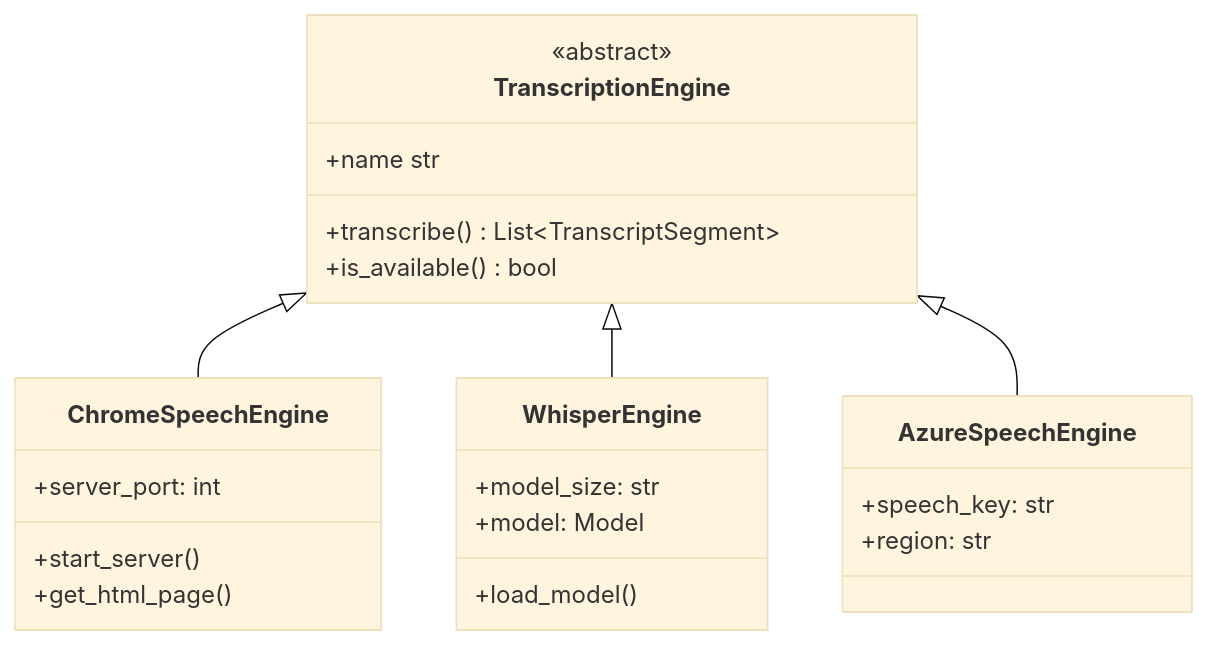
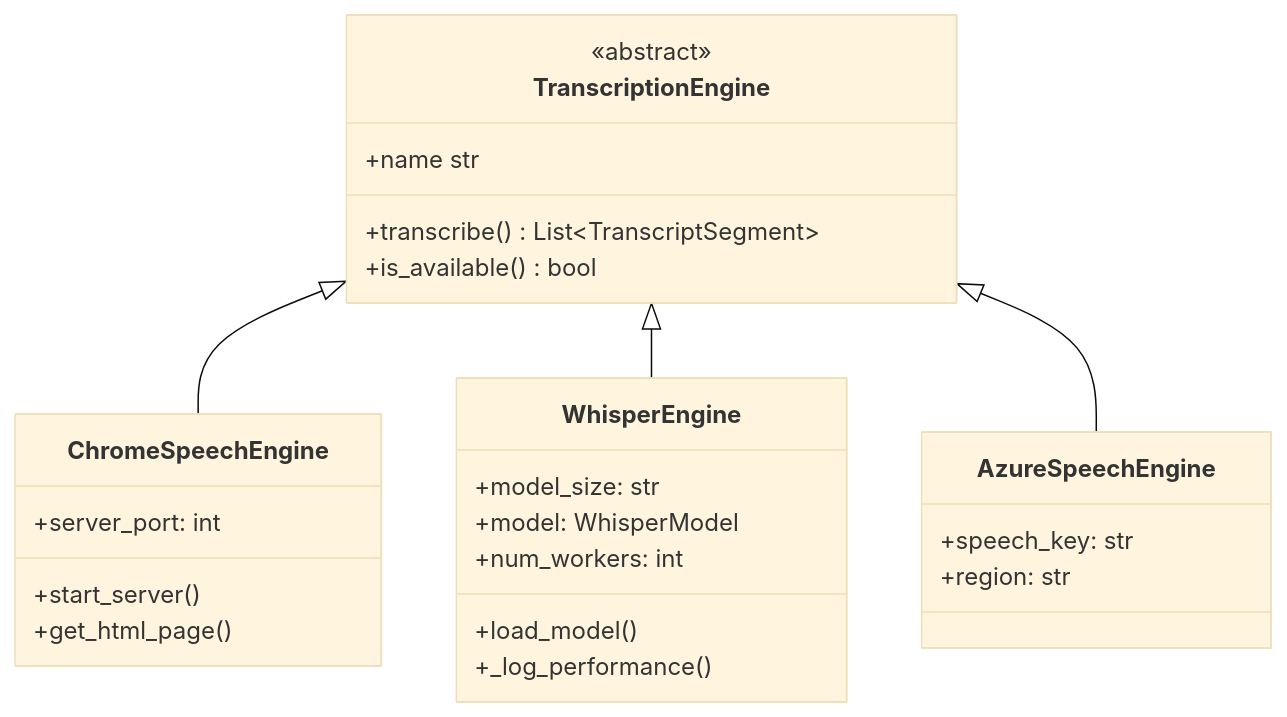
The fifth of 8 diagrams in docs/ARCHITECTURE.md (naveengarla/meeting-transcription), drawn with Mermaid (base theme) before and after one commit. The commit also changed other lines of this file and 4 other files, not shown here.

````diff
--- a/docs/ARCHITECTURE.md
+++ b/docs/ARCHITECTURE.md
@@ -169,30 +175,32 @@
 ```mermaid
 classDiagram
     class TranscriptionEngine {
         <<abstract>>
         +transcribe() List~TranscriptSegment~
         +is_available() bool
         +name str
     }
     
     class ChromeSpeechEngine {
         +server_port: int
         +start_server()
         +get_html_page()
     }
     
     class WhisperEngine {
         +model_size: str
-        +model: Model
+        +model: WhisperModel
+        +num_workers: int
         +load_model()
+        +_log_performance()
     }
     
     class AzureSpeechEngine {
         +speech_key: str
         +region: str
     }
     
     TranscriptionEngine <|-- ChromeSpeechEngine
     TranscriptionEngine <|-- WhisperEngine
     TranscriptionEngine <|-- AzureSpeechEngine
 ```
````
